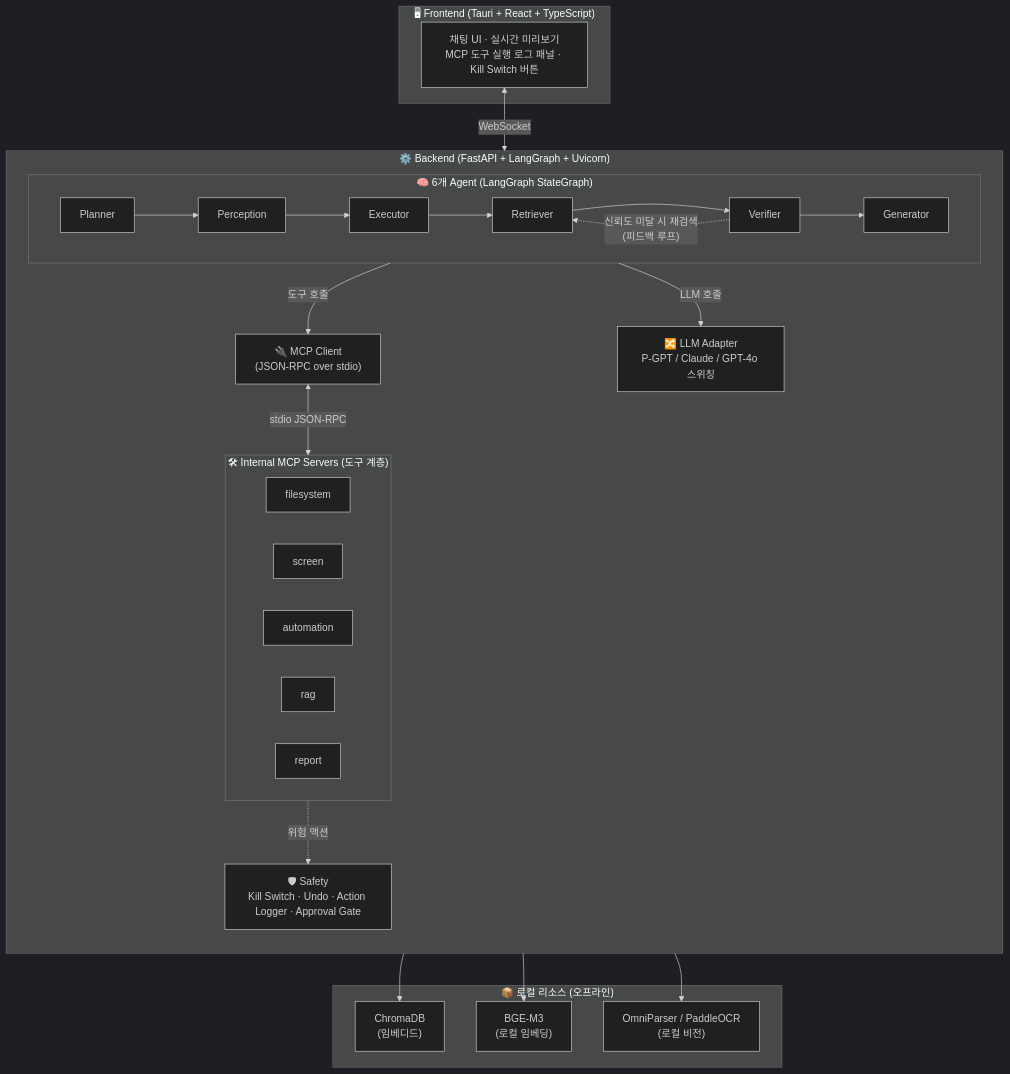
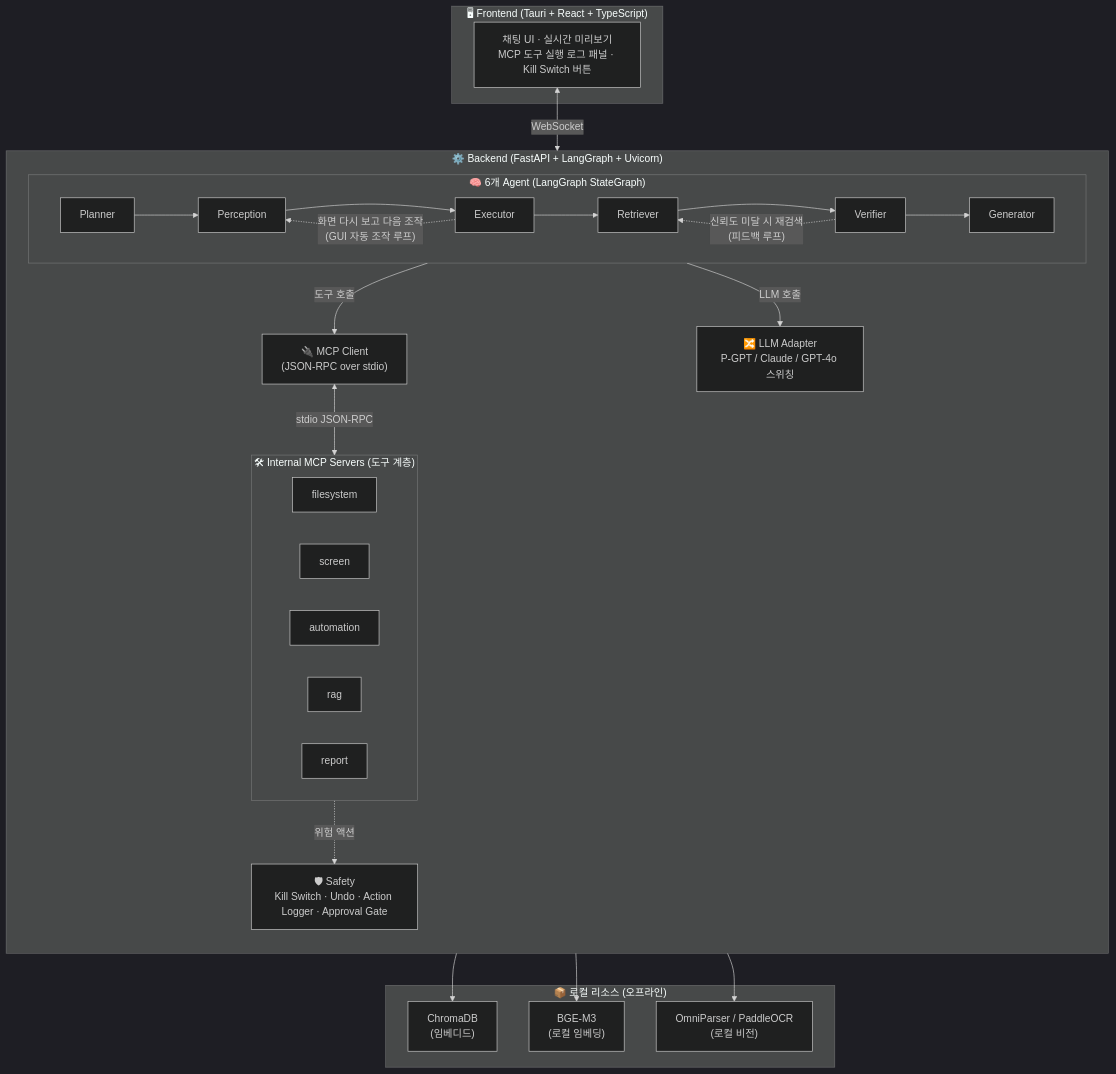
The diagram in PFM-Agent/README.md (taehyun108/KTH_01), drawn with Mermaid (dark theme) before and after one commit. The commit also changed other lines of this file and 15 other files, not shown here.

````diff
--- a/PFM-Agent/README.md
+++ b/PFM-Agent/README.md
@@ -15,43 +15,44 @@
 ```mermaid
 flowchart TB
     subgraph FE["🖥 Frontend (Tauri + React + TypeScript)"]
         UI["채팅 UI · 실시간 미리보기<br/>MCP 도구 실행 로그 패널 · Kill Switch 버튼"]
     end
 
     subgraph BE["⚙️ Backend (FastAPI + LangGraph + Uvicorn)"]
         direction TB
         subgraph AG["🧠 6개 Agent (LangGraph StateGraph)"]
             P1["Planner"] --> P2["Perception"]
             P2 --> P3["Executor"]
             P3 --> P4["Retriever"]
             P4 --> P5["Verifier"]
             P5 --> P6["Generator"]
             P5 -.->|"신뢰도 미달 시 재검색<br/>(피드백 루프)"| P4
+            P3 -.->|"화면 다시 보고 다음 조작<br/>(GUI 자동 조작 루프)"| P2
         end
         MC["🔌 MCP Client<br/>(JSON-RPC over stdio)"]
         subgraph MS["🛠 Internal MCP Servers (도구 계층)"]
             direction LR
             S1["filesystem"]
             S2["screen"]
             S3["automation"]
             S4["rag"]
             S5["report"]
         end
         LLM["🔀 LLM Adapter<br/>P-GPT / Claude / GPT-4o 스위칭"]
         SAFE["🛡 Safety<br/>Kill Switch · Undo · Action Logger · Approval Gate"]
     end
 
     UI <-->|WebSocket| AG
     AG -->|도구 호출| MC
     MC <-->|stdio JSON-RPC| MS
     AG -->|LLM 호출| LLM
     S3 -.위험 액션.-> SAFE
 
     subgraph LOCAL["📦 로컬 리소스 (오프라인)"]
         R1["ChromaDB<br/>(임베디드)"]
         R2["BGE-M3<br/>(로컬 임베딩)"]
         R3["OmniParser / PaddleOCR<br/>(로컬 비전)"]
     end
     S4 --> R1 & R2
     S2 --> R3
 ```
````
